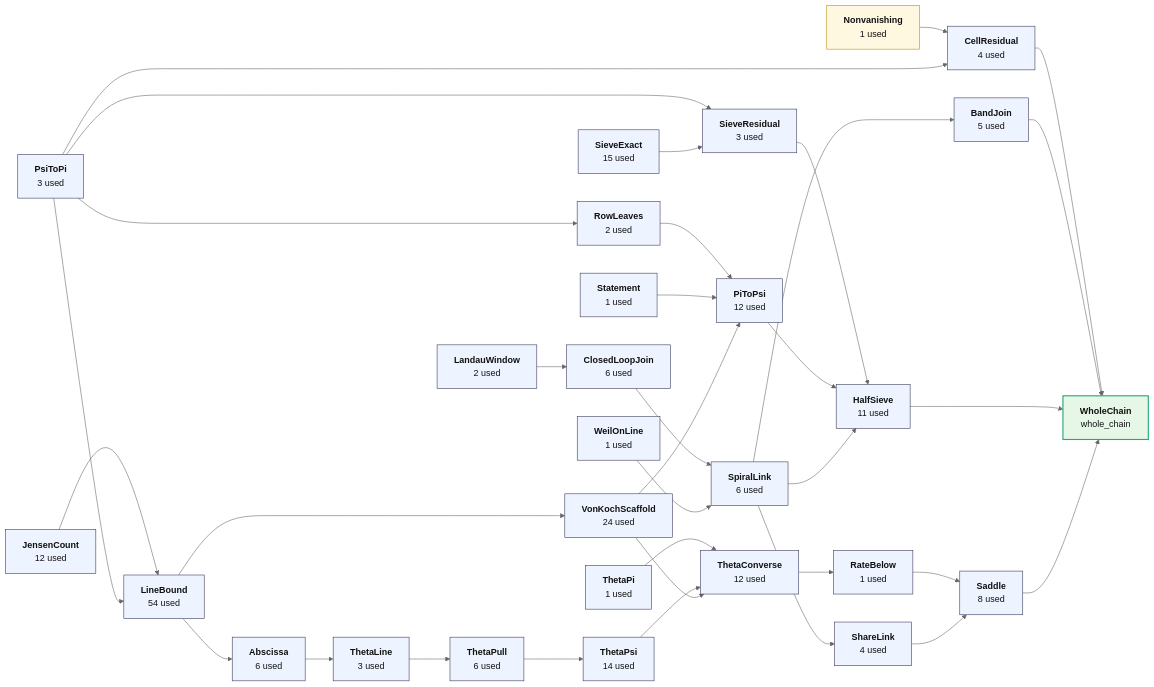
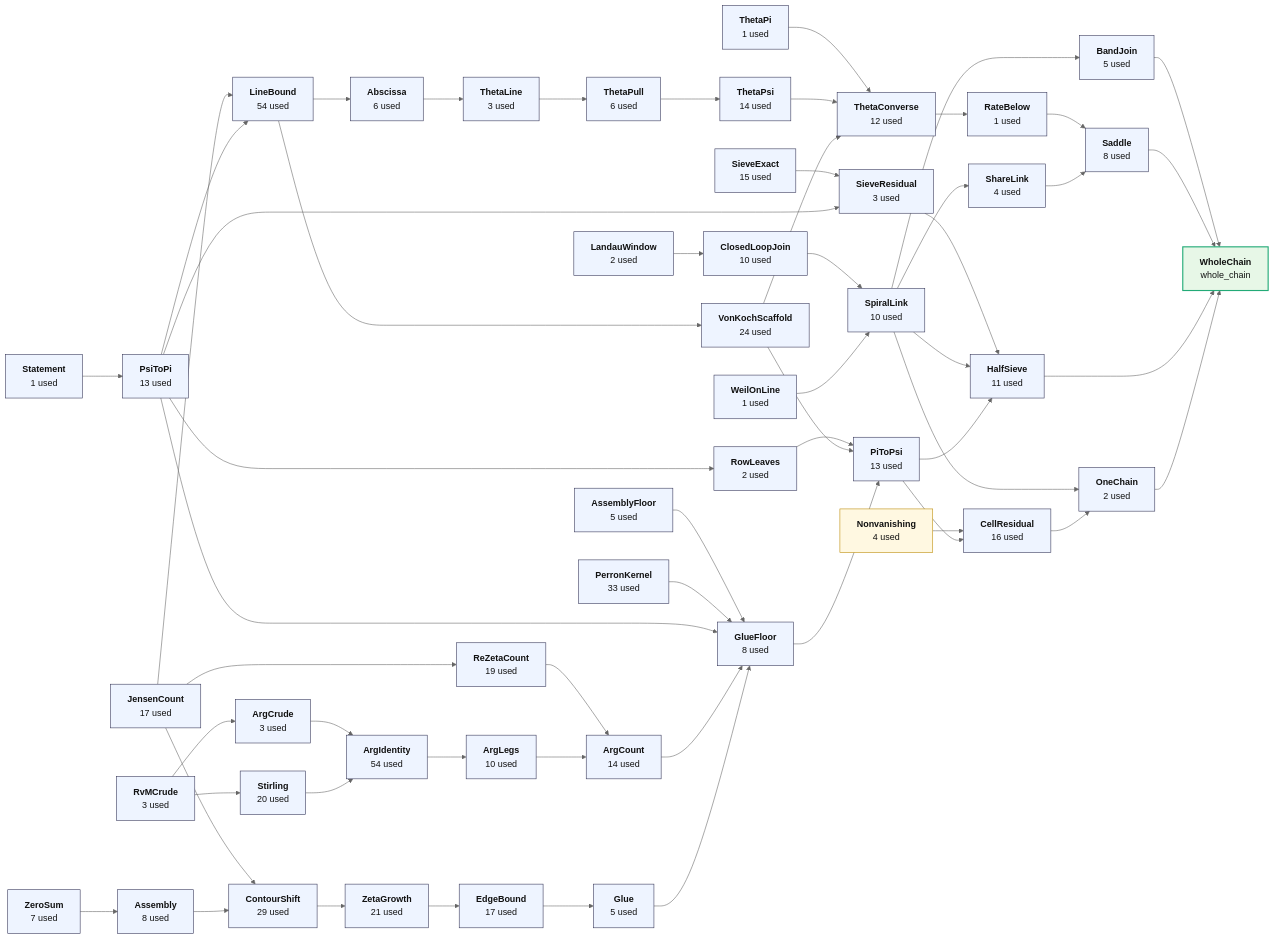
Before and after one commit to juliansambranojr/Primebeat_081426: the diagram in map/chains/WholeChain-whole_chain.mmd, drawn with Mermaid (neutral theme). The commit also changed 16 other files, not shown here.

First line of the commit message:
WholeChain: take the capstone by name, so the map reads the connection

```diff
--- a/map/chains/WholeChain-whole_chain.mmd
+++ b/map/chains/WholeChain-whole_chain.mmd
@@ -1,69 +1,108 @@
 flowchart LR
-  f0["<b>Nonvanishing</b><br/>1 used"]:::ext
-  f1["<b>JensenCount</b><br/>12 used"]:::thm
-  f2["<b>LandauWindow</b><br/>2 used"]:::thm
-  f3["<b>ClosedLoopJoin</b><br/>6 used"]:::thm
-  f4["<b>PsiToPi</b><br/>3 used"]:::thm
-  f5["<b>CellResidual</b><br/>4 used"]:::thm
-  f6["<b>LineBound</b><br/>54 used"]:::thm
-  f7["<b>Abscissa</b><br/>6 used"]:::thm
-  f8["<b>RowLeaves</b><br/>2 used"]:::thm
+  f0["<b>Nonvanishing</b><br/>4 used"]:::ext
+  f1["<b>AssemblyFloor</b><br/>5 used"]:::thm
+  f2["<b>JensenCount</b><br/>17 used"]:::thm
+  f3["<b>LandauWindow</b><br/>2 used"]:::thm
+  f4["<b>ClosedLoopJoin</b><br/>10 used"]:::thm
+  f5["<b>PerronKernel</b><br/>33 used"]:::thm
+  f6["<b>ReZetaCount</b><br/>19 used"]:::thm
+  f7["<b>RvMCrude</b><br/>3 used"]:::thm
+  f8["<b>ArgCrude</b><br/>3 used"]:::thm
   f9["<b>SieveExact</b><br/>15 used"]:::thm
-  f10["<b>SieveResidual</b><br/>3 used"]:::thm
-  f11["<b>Statement</b><br/>1 used"]:::thm
-  f12["<b>ThetaLine</b><br/>3 used"]:::thm
-  f13["<b>ThetaPi</b><br/>1 used"]:::thm
-  f14["<b>ThetaPull</b><br/>6 used"]:::thm
-  f15["<b>ThetaPsi</b><br/>14 used"]:::thm
-  f16["<b>VonKochScaffold</b><br/>24 used"]:::thm
-  f17["<b>PiToPsi</b><br/>12 used"]:::thm
-  f18["<b>ThetaConverse</b><br/>12 used"]:::thm
-  f19["<b>RateBelow</b><br/>1 used"]:::thm
-  f20["<b>WeilOnLine</b><br/>1 used"]:::thm
-  f21["<b>SpiralLink</b><br/>6 used"]:::thm
-  f22["<b>BandJoin</b><br/>5 used"]:::thm
-  f23["<b>HalfSieve</b><br/>11 used"]:::thm
-  f24["<b>ShareLink</b><br/>4 used"]:::thm
-  f25["<b>Saddle</b><br/>8 used"]:::thm
-  f26["<b>WholeChain</b><br/>whole_chain"]:::end_
-  f2 --> f3
-  f0 --> f5
-  f4 --> f5
-  f1 --> f6
-  f4 --> f6
-  f6 --> f7
-  f4 --> f8
-  f4 --> f10
-  f9 --> f10
-  f7 --> f12
-  f12 --> f14
-  f14 --> f15
-  f6 --> f16
+  f10["<b>Statement</b><br/>1 used"]:::thm
+  f11["<b>PsiToPi</b><br/>13 used"]:::thm
+  f12["<b>LineBound</b><br/>54 used"]:::thm
+  f13["<b>Abscissa</b><br/>6 used"]:::thm
+  f14["<b>RowLeaves</b><br/>2 used"]:::thm
+  f15["<b>SieveResidual</b><br/>3 used"]:::thm
+  f16["<b>Stirling</b><br/>20 used"]:::thm
+  f17["<b>ArgIdentity</b><br/>54 used"]:::thm
+  f18["<b>ArgLegs</b><br/>10 used"]:::thm
+  f19["<b>ArgCount</b><br/>14 used"]:::thm
+  f20["<b>ThetaLine</b><br/>3 used"]:::thm
+  f21["<b>ThetaPi</b><br/>1 used"]:::thm
+  f22["<b>ThetaPull</b><br/>6 used"]:::thm
+  f23["<b>ThetaPsi</b><br/>14 used"]:::thm
+  f24["<b>VonKochScaffold</b><br/>24 used"]:::thm
+  f25["<b>ThetaConverse</b><br/>12 used"]:::thm
+  f26["<b>RateBelow</b><br/>1 used"]:::thm
+  f27["<b>WeilOnLine</b><br/>1 used"]:::thm
+  f28["<b>SpiralLink</b><br/>10 used"]:::thm
+  f29["<b>BandJoin</b><br/>5 used"]:::thm
+  f30["<b>ShareLink</b><br/>4 used"]:::thm
+  f31["<b>Saddle</b><br/>8 used"]:::thm
+  f32["<b>ZeroSum</b><br/>7 used"]:::thm
+  f33["<b>Assembly</b><br/>8 used"]:::thm
+  f34["<b>ContourShift</b><br/>29 used"]:::thm
+  f35["<b>ZetaGrowth</b><br/>21 used"]:::thm
+  f36["<b>EdgeBound</b><br/>17 used"]:::thm
+  f37["<b>Glue</b><br/>5 used"]:::thm
+  f38["<b>GlueFloor</b><br/>8 used"]:::thm
+  f39["<b>PiToPsi</b><br/>13 used"]:::thm
+  f40["<b>CellResidual</b><br/>16 used"]:::thm
+  f41["<b>HalfSieve</b><br/>11 used"]:::thm
+  f42["<b>OneChain</b><br/>2 used"]:::thm
+  f43["<b>WholeChain</b><br/>whole_chain"]:::end_
+  f3 --> f4
+  f2 --> f6
+  f7 --> f8
+  f10 --> f11
+  f2 --> f12
+  f11 --> f12
+  f12 --> f13
+  f11 --> f14
+  f9 --> f15
+  f11 --> f15
+  f7 --> f16
   f8 --> f17
-  f11 --> f17
   f16 --> f17
-  f13 --> f18
-  f15 --> f18
-  f16 --> f18
+  f17 --> f18
+  f6 --> f19
   f18 --> f19
-  f3 --> f21
-  f20 --> f21
-  f21 --> f22
-  f10 --> f23
-  f17 --> f23
-  f21 --> f23
-  f21 --> f24
-  f19 --> f25
+  f13 --> f20
+  f20 --> f22
+  f22 --> f23
+  f12 --> f24
+  f21 --> f25
+  f23 --> f25
   f24 --> f25
-  f5 --> f26
-  f22 --> f26
-  f23 --> f26
   f25 --> f26
+  f4 --> f28
+  f27 --> f28
+  f28 --> f29
+  f28 --> f30
+  f26 --> f31
+  f30 --> f31
+  f32 --> f33
+  f2 --> f34
+  f33 --> f34
+  f34 --> f35
+  f35 --> f36
+  f36 --> f37
+  f1 --> f38
+  f5 --> f38
+  f11 --> f38
+  f19 --> f38
+  f37 --> f38
+  f14 --> f39
+  f24 --> f39
+  f38 --> f39
+  f0 --> f40
+  f39 --> f40
+  f15 --> f41
+  f28 --> f41
+  f39 --> f41
+  f28 --> f42
+  f40 --> f42
+  f29 --> f43
+  f31 --> f43
+  f41 --> f43
+  f42 --> f43
   classDef cnt fill:#dff5ec,stroke:#17694a,color:#111
   classDef shp fill:#f1ecfb,stroke:#5b3fa0,color:#111
   classDef rh fill:#ffe5e5,stroke:#c22,color:#111,stroke-width:2px
   classDef thm fill:#eef4ff,stroke:#335,color:#111
   classDef end_ fill:#e7f7e7,stroke:#2a7,color:#111,stroke-width:2px
   classDef lone fill:#fff,stroke:#999,color:#111,stroke-dasharray:4 3
   classDef bad fill:#ffe5e5,stroke:#c22,color:#111,stroke-width:2px
   classDef ext fill:#fff8e1,stroke:#b80,color:#111
```
